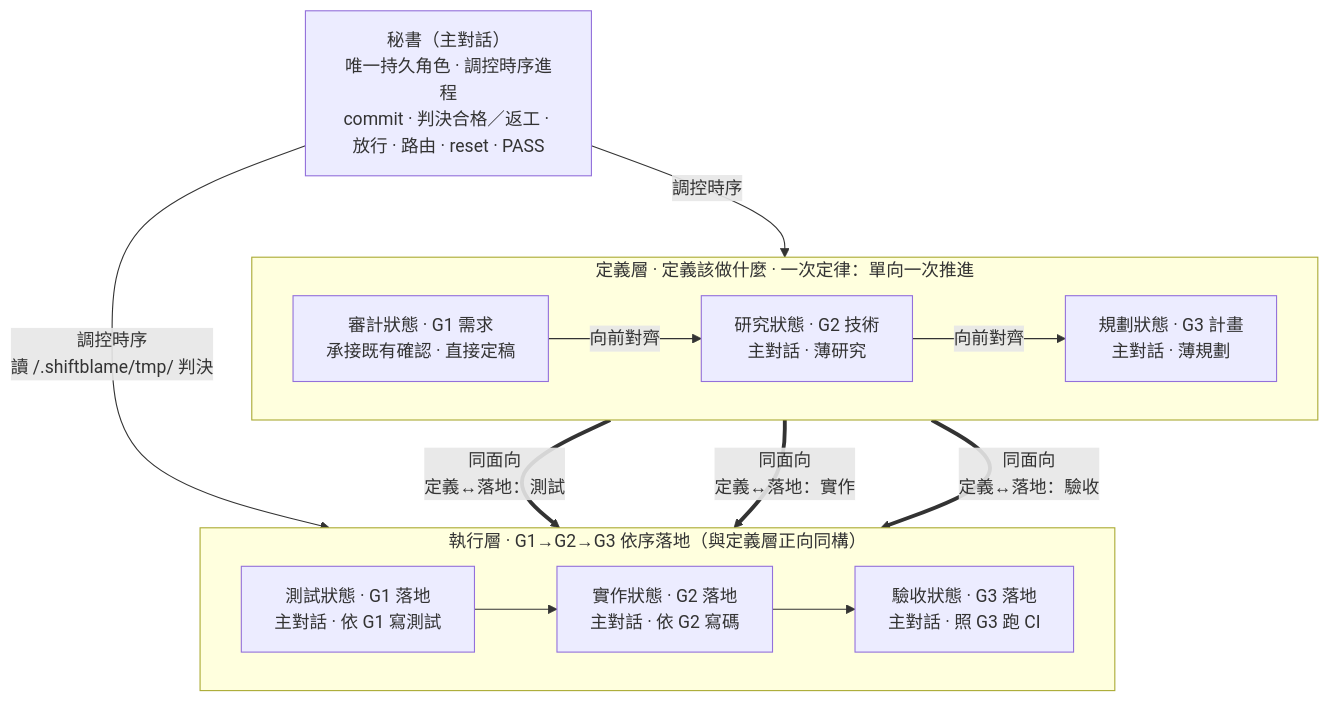
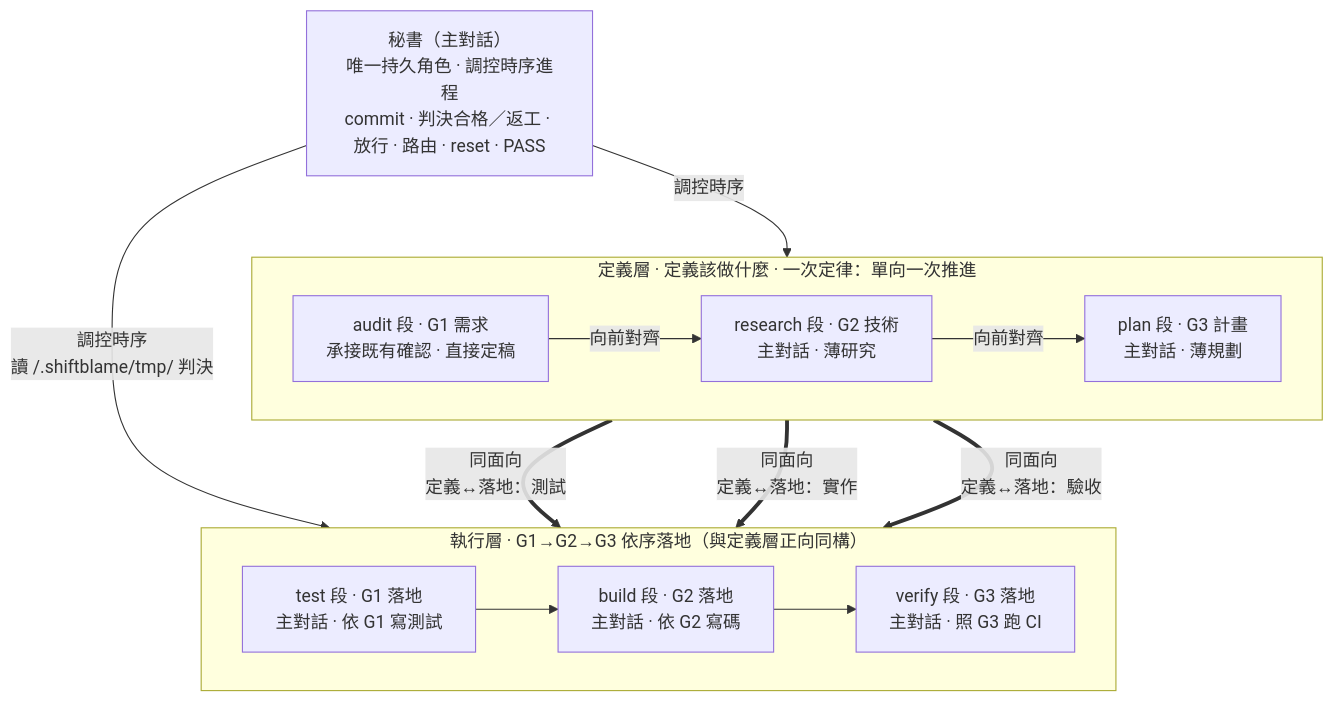
One commit to teps3105/shiftblame changed the fourth of 8 diagrams in skills/shiftblame/SKILL.md. Above: the diagram before and after it, drawn with Mermaid. The commit also changed other lines of this file and 26 other files, not shown here.

````diff
--- a/skills/shiftblame/SKILL.md
+++ b/skills/shiftblame/SKILL.md
@@ -245,19 +228,19 @@
 ```mermaid
 flowchart TB
     SEC["秘書（主對話）<br/>唯一持久角色 · 調控時序進程<br/>commit · 判決合格／返工 · 放行 · 路由 · reset · PASS"]
     subgraph Consult["定義層 · 定義該做什麼 · 一次定律：單向一次推進"]
         direction LR
-        G1["審計狀態 · G1 需求<br/>承接既有確認 · 直接定稿"] -->|向前對齊| G2["研究狀態 · G2 技術<br/>主對話 · 薄研究"]
-        G2 -->|向前對齊| G3["規劃狀態 · G3 計畫<br/>主對話 · 薄規劃"]
+        G1["audit 段 · G1 需求<br/>承接既有確認 · 直接定稿"] -->|向前對齊| G2["research 段 · G2 技術<br/>主對話 · 薄研究"]
+        G2 -->|向前對齊| G3["plan 段 · G3 計畫<br/>主對話 · 薄規劃"]
     end
     subgraph Build["執行層 · G1→G2→G3 依序落地（與定義層正向同構）"]
         direction LR
-        TST["測試狀態 · G1 落地<br/>主對話 · 依 G1 寫測試"] --> DEV["實作狀態 · G2 落地<br/>主對話 · 依 G2 寫碼"]
-        DEV --> ACC["驗收狀態 · G3 落地<br/>主對話 · 照 G3 跑 CI"]
+        TST["test 段 · G1 落地<br/>主對話 · 依 G1 寫測試"] --> DEV["build 段 · G2 落地<br/>主對話 · 依 G2 寫碼"]
+        DEV --> ACC["verify 段 · G3 落地<br/>主對話 · 照 G3 跑 CI"]
     end
     SEC -- 調控時序 --> Consult
     SEC -- 調控時序<br/>讀 <repo>/.shiftblame/tmp/ 判決 --> Build
     G1 == "同面向<br/>定義↔落地：測試" ==> TST
     G2 == "同面向<br/>定義↔落地：實作" ==> DEV
     G3 == "同面向<br/>定義↔落地：驗收" ==> ACC
 ```
````
